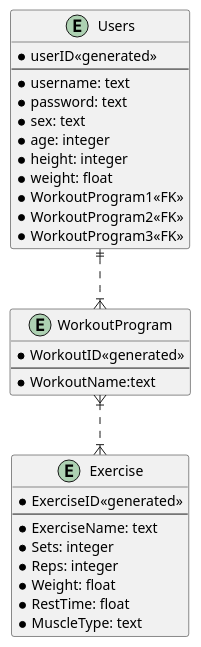
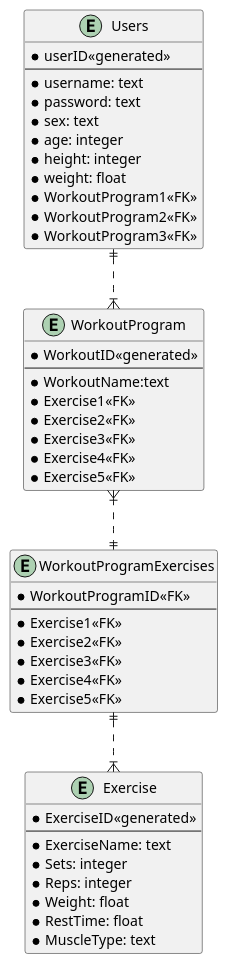
One commit to emil2112/ICE-gruppe-D changed the diagram in doc/DatabaseDiagram.puml. Above: the diagram before and after it, drawn with PlantUML. The commit also changed 3 other files, not shown here.

Commit message:
DatabaseDiagram version 2 (with sorting table)

```diff
--- a/doc/DatabaseDiagram.puml
+++ b/doc/DatabaseDiagram.puml
@@ -1,37 +1,53 @@
 @startuml
 
 entity Exercise {
 *ExerciseID<<generated>>
 --
 *ExerciseName: text
 *Sets: integer
 *Reps: integer
 *Weight: float
 *RestTime: float
 *MuscleType: text
 }
 
 entity Users{
 *userID<<generated>>
 --
 *username: text
 *password: text
 *sex: text
 *age: integer
 *height: integer
 *weight: float
 *WorkoutProgram1<<FK>>
 *WorkoutProgram2<<FK>>
 *WorkoutProgram3<<FK>>
 }
 
+entity WorkoutProgramExercises{
+*WorkoutProgramID<<FK>>
+--
+*Exercise1<<FK>>
+*Exercise2<<FK>>
+*Exercise3<<FK>>
+*Exercise4<<FK>>
+*Exercise5<<FK>>
+}
+
 entity WorkoutProgram{
 *WorkoutID<<generated>>
 --
 *WorkoutName:text
+*Exercise1<<FK>>
+*Exercise2<<FK>>
+*Exercise3<<FK>>
+*Exercise4<<FK>>
+*Exercise5<<FK>>
 }
 
 
 Users ||..|{ WorkoutProgram
-WorkoutProgram }|..|{ Exercise
+WorkoutProgramExercises ||..|{ Exercise
+WorkoutProgram }|..|| WorkoutProgramExercises
 @enduml
```
